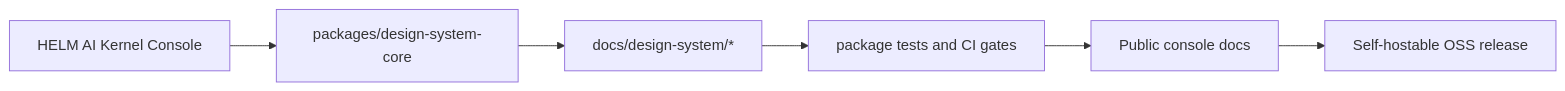
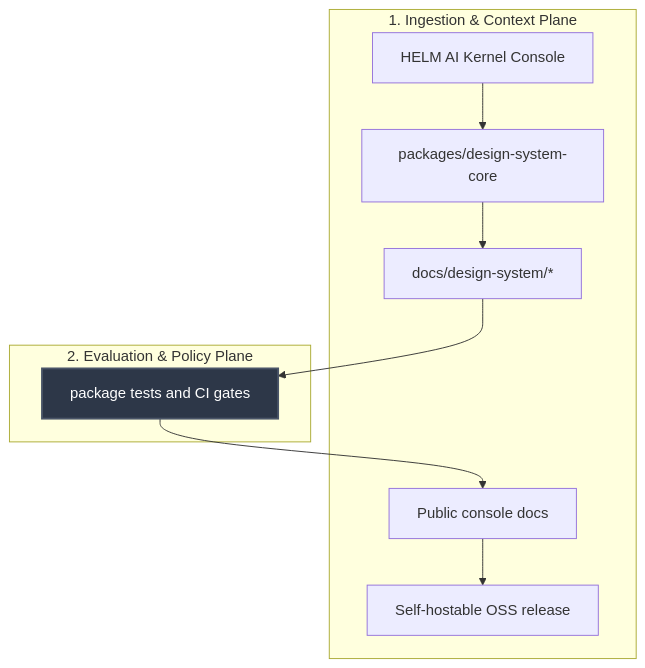
Before and after one commit to Mindburn-Labs/helm-ai-kernel: the diagram in docs/DESIGN_SYSTEM.md, drawn with Mermaid. The commit also changed other lines of this file and 330 other files, not shown here.

````diff
--- a/docs/DESIGN_SYSTEM.md
+++ b/docs/DESIGN_SYSTEM.md
@@ -26,8 +26,24 @@
 ```mermaid
-flowchart LR
-  console["HELM AI Kernel Console"] --> package["packages/design-system-core"]
-  package --> docs["docs/design-system/*"]
-  docs --> tests["package tests and CI gates"]
-  tests --> public["Public console docs"]
-  public --> release["Self-hostable OSS release"]
+flowchart TD
+    subgraph Ingestion["1. Ingestion & Context Plane"]
+        console["HELM AI Kernel Console"]
+        package["packages/design-system-core"]
+        docs["docs/design-system/*"]
+        public["Public console docs"]
+        release["Self-hostable OSS release"]
+    end
+
+    subgraph Evaluation["2. Evaluation & Policy Plane"]
+        tests["package tests and CI gates"]
+    end
+
+    %% Operational Flow Edges
+    console --> package
+    package --> docs
+    docs --> tests
+    tests --> public
+    public --> release
+
+    %% Premium Styling Rules
+    style tests fill:#2d3748,stroke:#4a5568,stroke-width:2px,color:#fff
 ```
````
